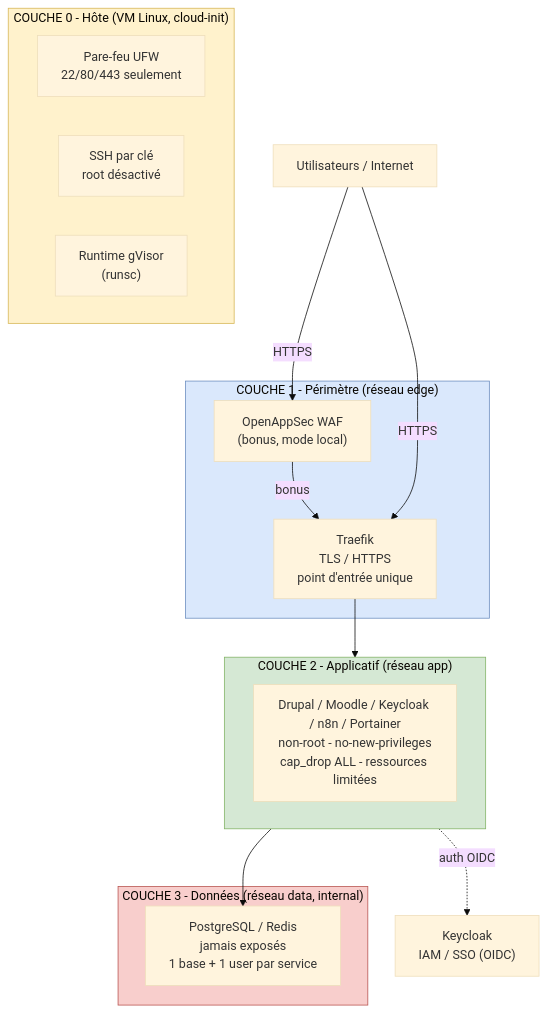
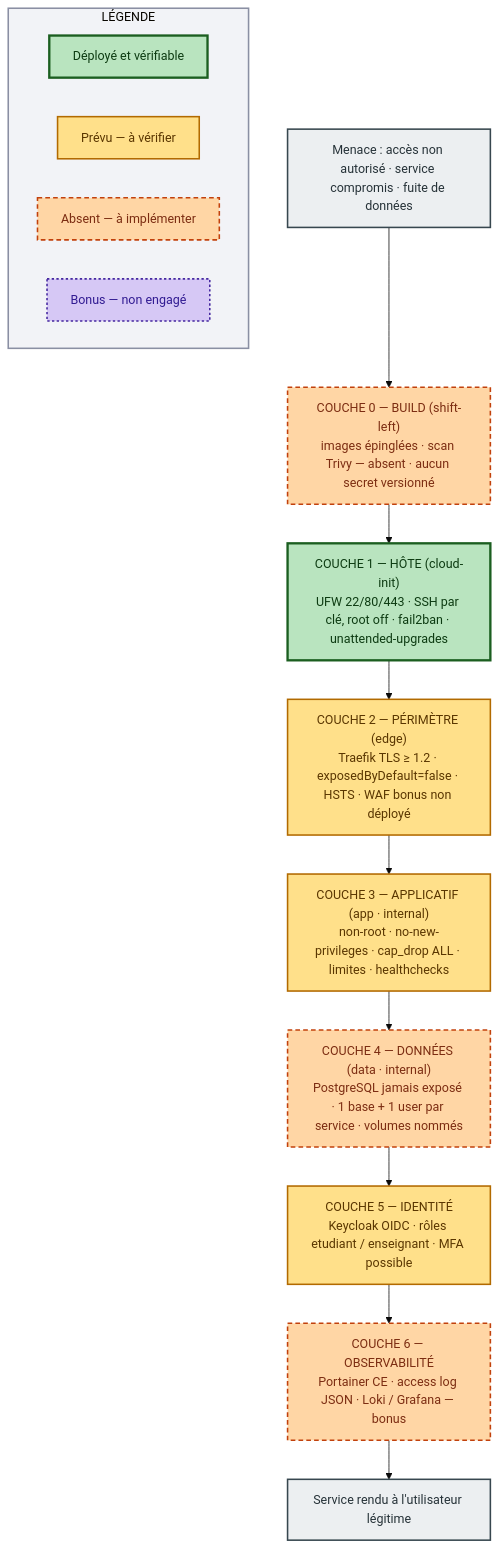
One commit to 20GHhub19/CR465-travail-de-session changed the diagram in docs/architecture/05-defense-en-profondeur.md. Above: the diagram before and after it, drawn with Mermaid (base theme). The commit also changed other lines of this file and 11 other files, not shown here.

First line of the commit message:
docs(architecture): schemas consolides, guide de lecture et contributions

````diff
--- a/docs/architecture/05-defense-en-profondeur.md
+++ b/docs/architecture/05-defense-en-profondeur.md
@@ -6,47 +10,41 @@
 ```mermaid
-%% ============================================================
-%% Schéma 5 - Défense en profondeur (4 couches)
-%% Couche 0 Hôte / 1 Périmètre / 2 Applicatif / 3 Données
-%% ============================================================
 flowchart TB
-    subgraph L0["COUCHE 0 - Hôte (VM Linux, cloud-init)"]
+    MENACE["Menace : accès non autorisé · service compromis · fuite de données"]
+
+    C0["COUCHE 0 — BUILD (shift-left)<br/>images épinglées · scan Trivy — absent · aucun secret versionné"]
+    C1["COUCHE 1 — HÔTE (cloud-init)<br/>UFW 22/80/443 · SSH par clé, root off · fail2ban · unattended-upgrades"]
+    C2["COUCHE 2 — PÉRIMÈTRE (edge)<br/>Traefik TLS ≥ 1.2 · exposedByDefault=false · HSTS · WAF bonus non déployé"]
+    C3["COUCHE 3 — APPLICATIF (app · internal)<br/>non-root · no-new-privileges · cap_drop ALL · limites · healthchecks"]
+    C4["COUCHE 4 — DONNÉES (data · internal)<br/>PostgreSQL jamais exposé · 1 base + 1 user par service · volumes nommés"]
+    C5["COUCHE 5 — IDENTITÉ<br/>Keycloak OIDC · rôles etudiant / enseignant · MFA possible"]
+    C6["COUCHE 6 — OBSERVABILITÉ<br/>Portainer CE · access log JSON · Loki / Grafana — bonus"]
+
+    SERVICE["Service rendu à l'utilisateur légitime"]
+
+    MENACE --> C0 --> C1 --> C2 --> C3 --> C4 --> C5 --> C6 --> SERVICE
+
+    subgraph LEG["LÉGENDE"]
         direction LR
-        FW["Pare-feu UFW<br/>22/80/443 seulement"]
-        SSH["SSH par clé<br/>root désactivé"]
-        GV["Runtime gVisor<br/>(runsc)"]
+        G1["Déployé et vérifiable"]
+        G2["Prévu — à vérifier"]
+        G3["Absent — à implémenter"]
+        G4["Bonus — non engagé"]
     end
 
-    Internet["Utilisateurs / Internet"]
+    classDef deployed fill:#b9e4bf,stroke:#1b5e20,stroke-width:3px,color:#0d3b12
+    classDef partial fill:#ffe08a,stroke:#b26a00,stroke-width:2px,color:#5a3600
+    classDef toBuild fill:#ffd6a5,stroke:#c2410c,stroke-width:2px,stroke-dasharray:6 4,color:#7c2d12
+    classDef bonus fill:#d6c8f5,stroke:#4527a0,stroke-width:2px,stroke-dasharray:3 3,color:#311b92
+    classDef zone fill:#f2f3f7,stroke:#8a8fa3,stroke-width:2px
+    classDef bookend fill:#eceff1,stroke:#37474f,stroke-width:2px,color:#263238
 
-    subgraph L1["COUCHE 1 - Périmètre (réseau edge)"]
-        WAF["OpenAppSec WAF<br/>(bonus, mode local)"]
-        TR["Traefik<br/>TLS / HTTPS<br/>point d'entrée unique"]
-    end
-
-    subgraph L2["COUCHE 2 - Applicatif (réseau app)"]
-        direction LR
-        APPS["Drupal / Moodle / Keycloak / n8n / Portainer<br/>non-root - no-new-privileges<br/>cap_drop ALL - ressources limitées"]
-    end
-
-    subgraph L3["COUCHE 3 - Données (réseau data, internal)"]
-        DB["PostgreSQL / Redis<br/>jamais exposés<br/>1 base + 1 user par service"]
-    end
-
-    IAM["Keycloak<br/>IAM / SSO (OIDC)"]
-
-    Internet -->|"HTTPS"| WAF
-    WAF -->|"bonus"| TR
-    Internet -->|"HTTPS"| TR
-    TR --> APPS
-    APPS --> DB
-    APPS -. "auth OIDC" .-> IAM
-
-    classDef host fill:#FFF2CC,stroke:#D6B656;
-    classDef edge fill:#DAE8FC,stroke:#6C8EBF;
-    classDef app fill:#D5E8D4,stroke:#82B366;
-    classDef data fill:#F8CECC,stroke:#B85450;
-    class L0 host;
-    class L1 edge;
-    class L2 app;
-    class L3 data;
+    class C1 deployed
+    class C2,C3,C5 partial
+    class C0,C4,C6 toBuild
+    class MENACE,SERVICE bookend
+    class G1 deployed
+    class G2 partial
+    class G3 toBuild
+    class G4 bonus
+    class LEG zone
 ```
````
